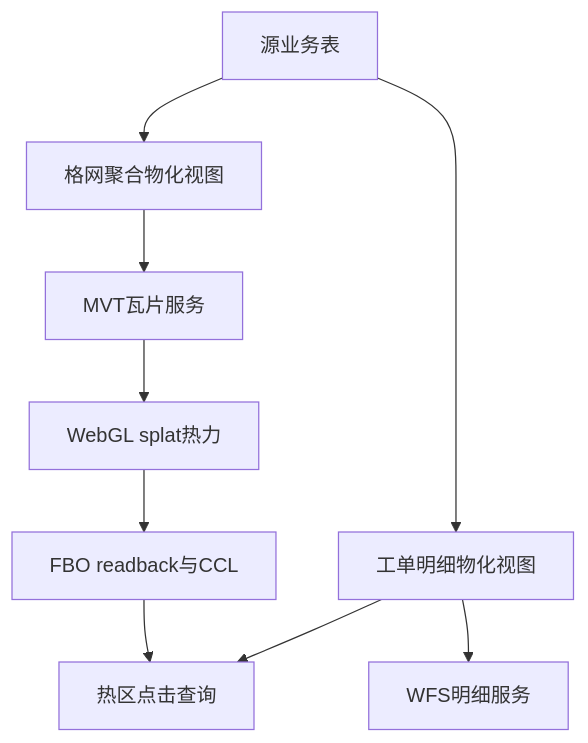
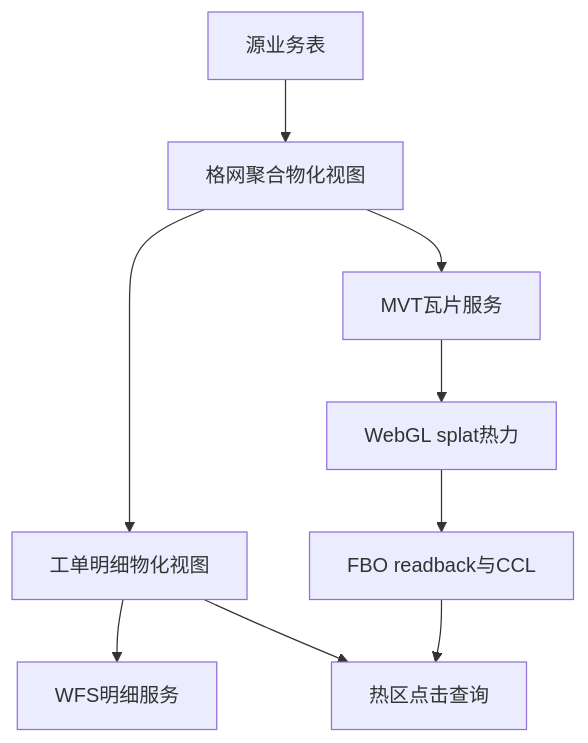
The first of 6 diagrams in Blog/mvt-webgl_heatmap-ccl/AGENTS.md (zheyi420/Dev-Wiki), drawn with Mermaid before and after one commit. The commit also changed other lines of this file and 1 other file, not shown here.

````diff
--- a/Blog/mvt-webgl_heatmap-ccl/AGENTS.md
+++ b/Blog/mvt-webgl_heatmap-ccl/AGENTS.md
@@ -272,19 +302,19 @@
 ```mermaid
 flowchart TB
   sourceTable[源业务表]
   gridMV[格网聚合物化视图]
   orderMV[工单明细物化视图]
   mvtService[MVT瓦片服务]
   wfsService[WFS明细服务]
   webglHeat[WebGL splat热力]
   cclPipeline[FBO readback与CCL]
   clickQuery[热区点击查询]
   sourceTable --> gridMV
-  sourceTable --> orderMV
+  gridMV --> orderMV
   gridMV --> mvtService
   orderMV --> wfsService
   mvtService --> webglHeat
   webglHeat --> cclPipeline
   cclPipeline --> clickQuery
   orderMV --> clickQuery
 ```
````
